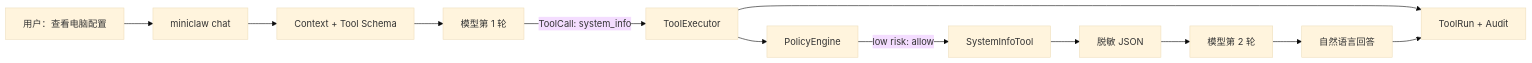
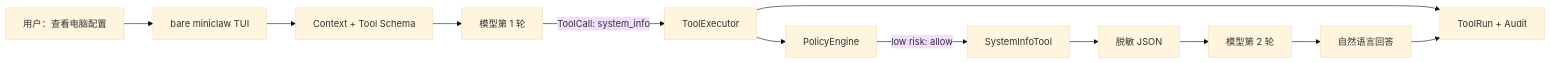
One commit to NEDONION/lobster0 changed the first of 9 diagrams in docs/engineering/phase-2/tool-runtime-and-system-info.md. Above: the diagram before and after it, drawn with Mermaid (base theme). The commit also changed other lines of this file and 14 other files, not shown here.

````diff
--- a/docs/engineering/phase-2/tool-runtime-and-system-info.md
+++ b/docs/engineering/phase-2/tool-runtime-and-system-info.md
@@ -28,14 +28,14 @@
 ```mermaid
 flowchart LR
-    USER["用户：查看电脑配置"] --> CLI["miniclaw chat"]
+    USER["用户：查看电脑配置"] --> CLI["bare miniclaw TUI"]
     CLI --> CONTEXT["Context + Tool Schema"]
     CONTEXT --> MODEL1["模型第 1 轮"]
     MODEL1 -->|"ToolCall: system_info"| EXECUTOR["ToolExecutor"]
     EXECUTOR --> POLICY["PolicyEngine"]
     POLICY -->|"low risk: allow"| TOOL["SystemInfoTool"]
     TOOL --> RESULT["脱敏 JSON"]
     RESULT --> MODEL2["模型第 2 轮"]
     MODEL2 --> ANSWER["自然语言回答"]
     EXECUTOR --> DB["ToolRun + Audit"]
     ANSWER --> DB
 ```
````
